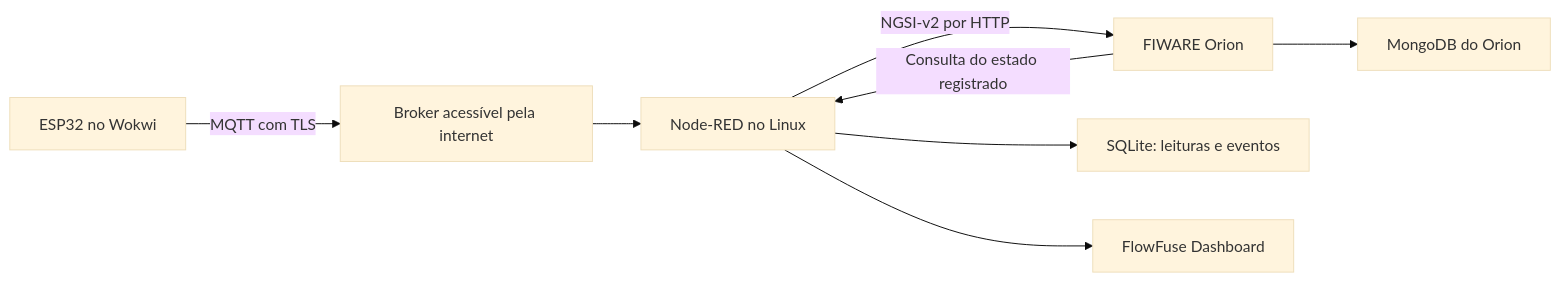
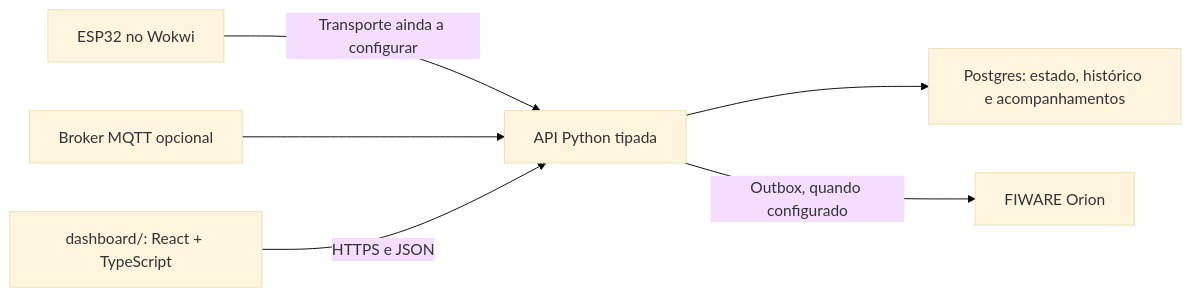
The diagram in docs/gsBackendLinux.md (BrThiagoN/water-n-assurance), drawn with Mermaid (base theme) before and after one commit. The commit also changed other lines of this file and 59 other files, not shown here.

Commit message:
refactor: migra backend para Python tipado e separa dashboard

````diff
--- a/docs/gsBackendLinux.md
+++ b/docs/gsBackendLinux.md
@@ -37,10 +9,8 @@
 ```mermaid
 flowchart LR
-    ESP["ESP32 no Wokwi"] -->|"MQTT com TLS"| MQTT["Broker acessível pela internet"]
-    MQTT --> NR["Node-RED no Linux"]
-    NR -->|"NGSI-v2 por HTTP"| ORION["FIWARE Orion"]
-    ORION --> MONGO["MongoDB do Orion"]
-    NR --> SQLITE["SQLite: leituras e eventos"]
-    NR --> UI["FlowFuse Dashboard"]
-    ORION -->|"Consulta do estado registrado"| NR
+    ESP["ESP32 no Wokwi"] -->|"Transporte ainda a configurar"| API["API Python tipada"]
+    MQTT["Broker MQTT opcional"] --> API
+    API --> PG["Postgres: estado, histórico e acompanhamentos"]
+    UI["dashboard/: React + TypeScript"] -->|"HTTPS e JSON"| API
+    API -->|"Outbox, quando configurado"| ORION["FIWARE Orion"]
 ```
````
